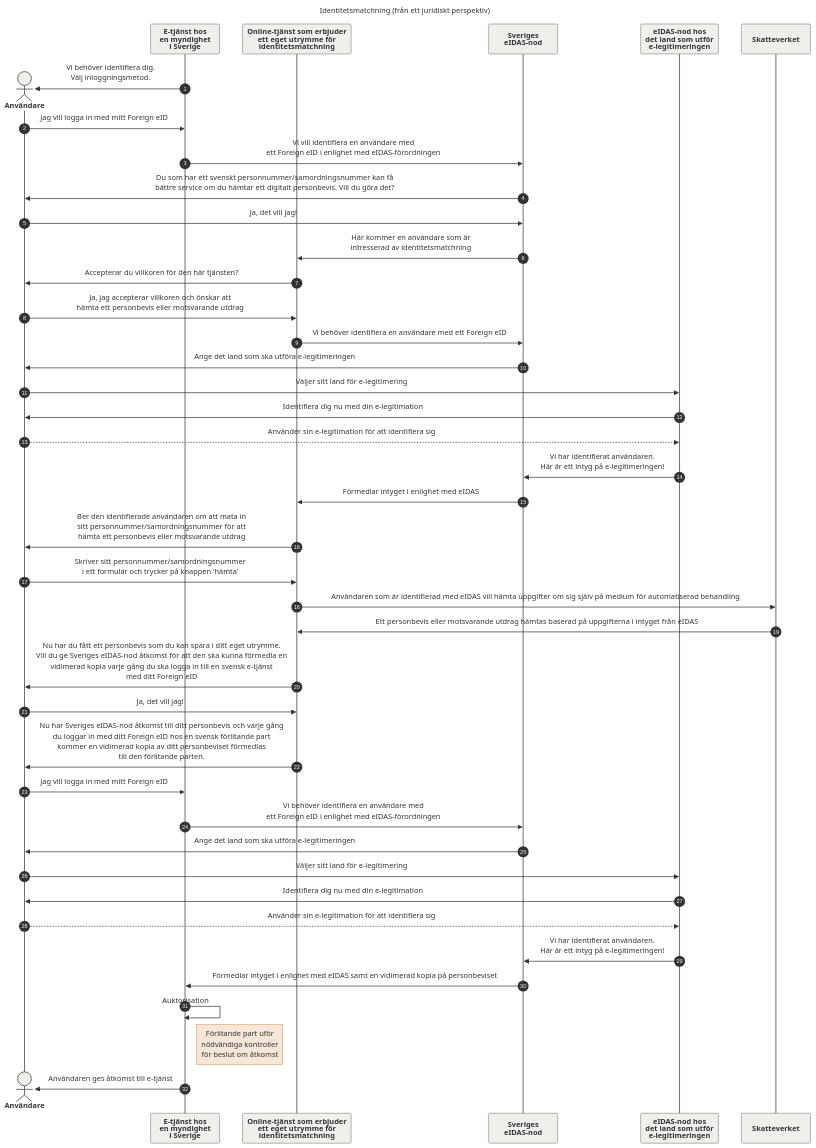
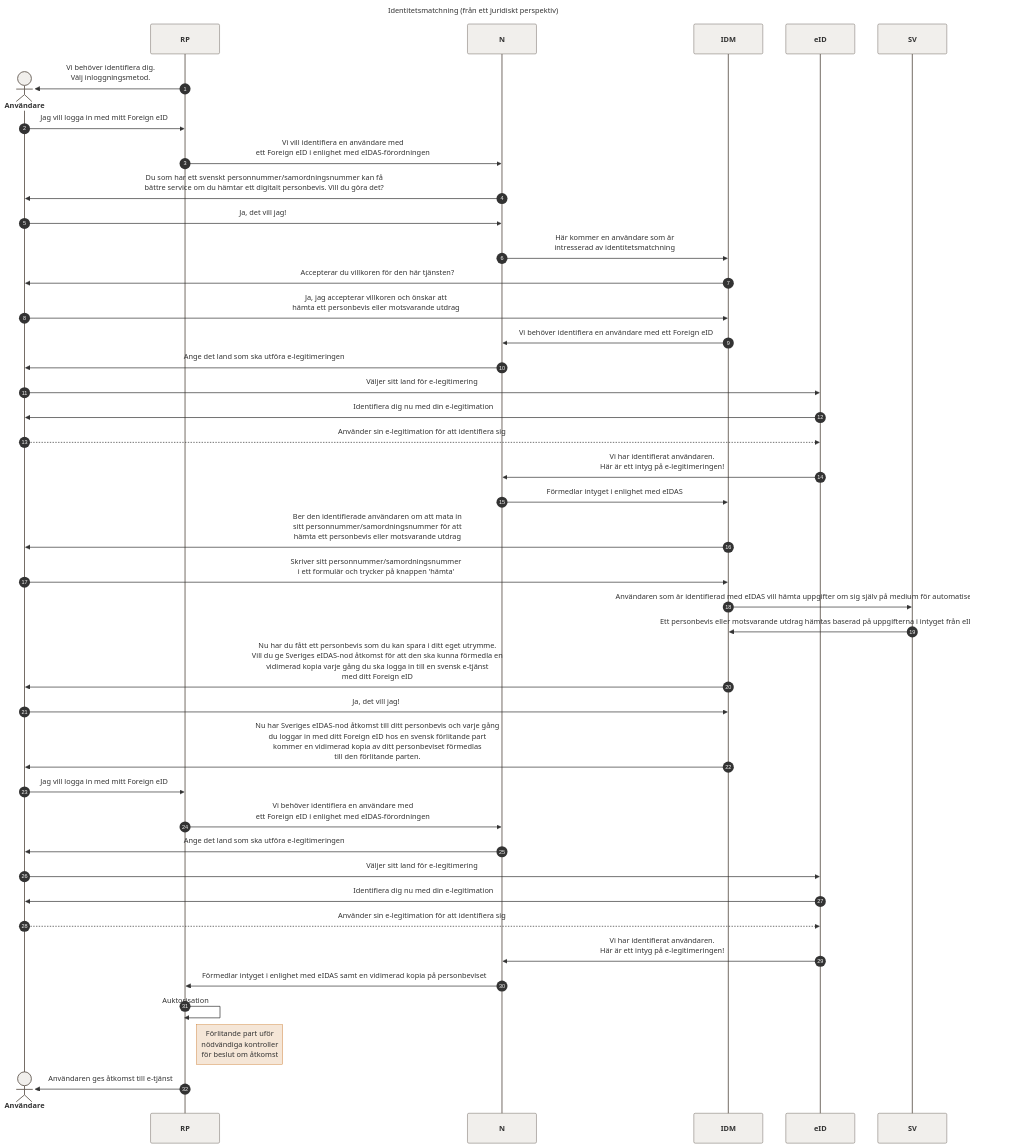
One commit to araskazemi/greenhouse changed the diagram in eIDAS record matching/utkast1.md. Above: the diagram before and after it, drawn with Mermaid.

````diff
--- a/eIDAS record matching/utkast1.md
+++ b/eIDAS record matching/utkast1.md
@@ -5,49 +5,45 @@
 ```mermaid
 %%{init: {'sequence': { 'mirrorActors': true, 'rightAngles': true, 'messageAlign': 'center', 'actorFontWeight': 900, 'actorFontSize': 18, 'noteFontWeight': 100, 'noteFontSize': 12}}}%%
 %%{init: {'theme': 'base', 'themeVariables': {'labelBoxBkgColor': '#F5F5F4', 'labelBoxBorderColor': '#998980', 'actorBorder': '#696059', 'actorBkg': '#F1EFEC', 'activationBorderColor': '#CD796E', 'activationBkgColor': '#CD796E', 'noteBkgColor': '#F5E6D7', 'noteBorderColor': '#CE8036'}}}%%
 
 sequenceDiagram
     autonumber
     title: Identitetsmatchning (från ett juridiskt perspektiv)
     create actor U as Användare
-    participant RP as E-tjänst hos<br />en myndighet<br />i Sverige
-    participant IDM as Online-tjänst som erbjuder<br />ett eget utrymme för<br />identitetsmatchning
-    participant N as Sveriges<br />eIDAS-nod
-    participant eID as eIDAS-nod hos<br />det land som utför<br />e-legitimeringen
-    participant SV as Skatteverket
+
     RP->>U: Vi behöver identifiera dig.<br />Välj inloggningsmetod.
     U->>RP: Jag vill logga in med mitt Foreign eID
     RP->>N: Vi vill identifiera en användare med<br />ett Foreign eID i enlighet med eIDAS-förordningen
     N->>U: Du som har ett svenskt personnummer/samordningsnummer kan få<br />bättre service om du hämtar ett digitalt personbevis. Vill du göra det? 
     U->>N: Ja, det vill jag!
     N->>IDM: Här kommer en användare som är<br />intresserad av identitetsmatchning
     IDM->>U: Accepterar du villkoren för den här tjänsten?
     U->>IDM: Ja, jag accepterar villkoren och önskar att<br />hämta ett personbevis eller motsvarande utdrag
     IDM->>N: Vi behöver identifiera en användare med ett Foreign eID
     N->>U: Ange det land som ska utföra e-legitimeringen
     U->>eID: Väljer sitt land för e-legitimering
     eID->>U: Identifiera dig nu med din e-legitimation
     U-->>eID: Använder sin e-legitimation för att identifiera sig
     eID->>N: Vi har identifierat användaren.<br />Här är ett intyg på e-legitimeringen! 
     N->>IDM: Förmedlar intyget i enlighet med eIDAS
     IDM->>U: Ber den identifierade användaren om att mata in<br />sitt personnummer/samordningsnummer för att<br />hämta ett personbevis eller motsvarande utdrag 
     U->>IDM: Skriver sitt personnummer/samordningsnummer<br />i ett formulär och trycker på knappen 'hämta'
     IDM->>SV: Användaren som är identifierad med eIDAS vill hämta uppgifter om sig själv på medium för automatiserad behandling
     SV->>IDM: Ett personbevis eller motsvarande utdrag hämtas baserad på uppgifterna i intyget från eIDAS
     IDM->>U: Nu har du fått ett personbevis som du kan spara i ditt eget utrymme.<br />Vill du ge Sveriges eIDAS-nod åtkomst för att den ska kunna förmedla en<br />vidimerad kopia varje gång du ska logga in till en svensk e-tjänst<br />med ditt Foreign eID
     U->>IDM: Ja, det vill jag!
     IDM->>U: Nu har Sveriges eIDAS-nod åtkomst till ditt personbevis och varje gång<br />du loggar in med ditt Foreign eID hos en svensk förlitande part<br />kommer en vidimerad kopia av ditt personbeviset förmedlas<br />till den förlitande parten.
     U->>RP: Jag vill logga in med mitt Foreign eID
     RP->>N: Vi behöver identifiera en användare med<br />ett Foreign eID i enlighet med eIDAS-förordningen
     N->>U: Ange det land som ska utföra e-legitimeringen
     U->>eID: Väljer sitt land för e-legitimering
     eID->>U: Identifiera dig nu med din e-legitimation
     U-->>eID: Använder sin e-legitimation för att identifiera sig
     eID->>N: Vi har identifierat användaren.<br />Här är ett intyg på e-legitimeringen! 
     N->>RP: Förmedlar intyget i enlighet med eIDAS samt en vidimerad kopia på personbeviset
     RP->>RP: Auktorisation
     Note right of RP: Förlitande part uför<br />nödvändiga kontroller<br />för beslut om åtkomst
     destroy U
     RP->>U: Användaren ges åtkomst till e-tjänst
   
 ```
````
